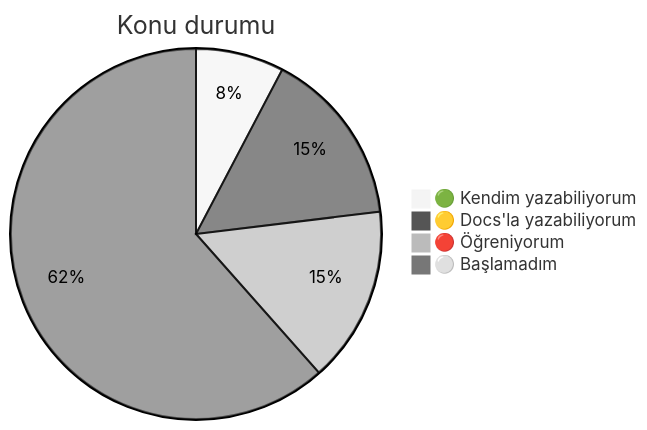
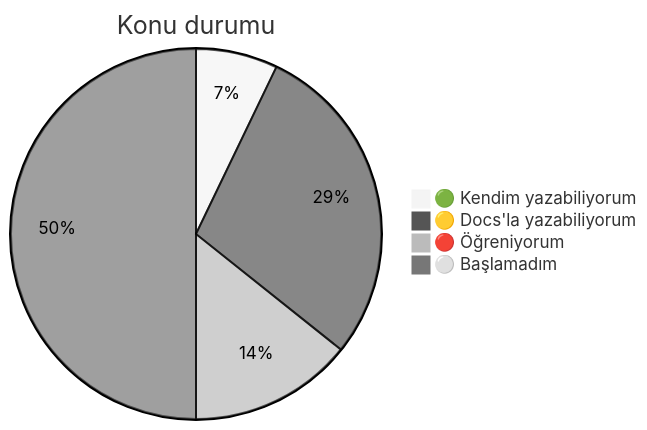
Before and after one commit to lordgrimx/TIL-Today-I-Learned: the diagram in README.md, drawn with Mermaid (neutral theme). The commit also changed other lines of this file, not shown here.

````diff
--- a/README.md
+++ b/README.md
@@ -20,7 +37,7 @@
 ```mermaid
 pie title Konu durumu
     "🟢 Kendim yazabiliyorum" : 1
-    "🟡 Docs'la yazabiliyorum" : 2
+    "🟡 Docs'la yazabiliyorum" : 4
     "🔴 Öğreniyorum" : 2
-    "⚪ Başlamadım" : 8
+    "⚪ Başlamadım" : 7
 ```
````
